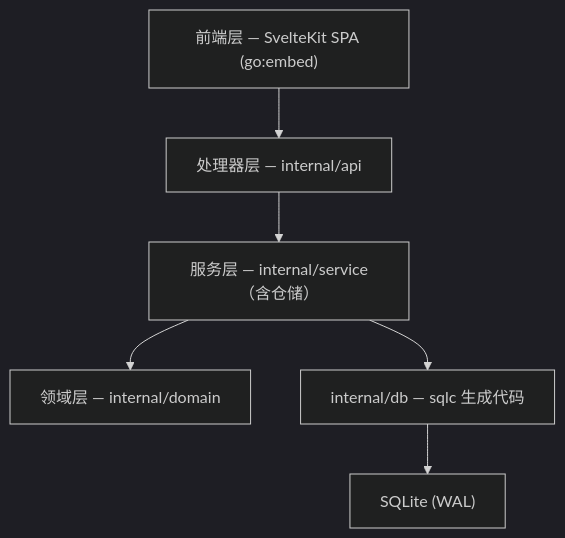
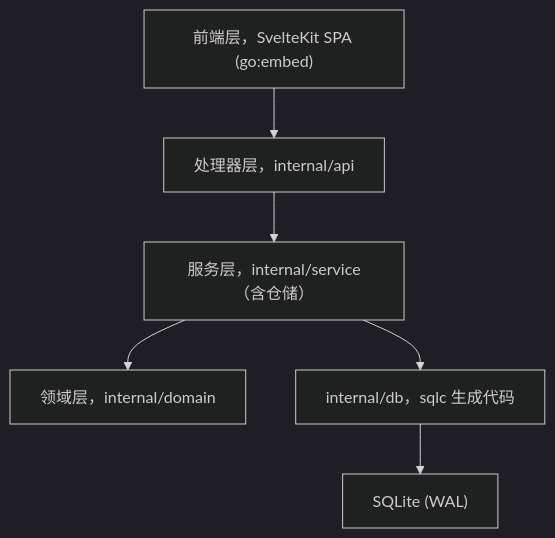
Before and after one commit to Mi-Bee-Studio/MiBeeSteward: the second of 4 diagrams in docs/zh/architecture.md, drawn with Mermaid (dark theme). The commit also changed other lines of this file and 52 other files, not shown here.

````diff
--- a/docs/zh/architecture.md
+++ b/docs/zh/architecture.md
@@ -20,14 +20,14 @@
 ```mermaid
 flowchart TB
-    Frontend["前端层 — SvelteKit SPA (go:embed)"]
-    Handler["处理器层 — internal/api"]
-    Service["服务层 — internal/service（含仓储）"]
-    Domain["领域层 — internal/domain"]
-    SQLC["internal/db — sqlc 生成代码"]
+    Frontend["前端层，SvelteKit SPA (go:embed)"]
+    Handler["处理器层，internal/api"]
+    Service["服务层，internal/service（含仓储）"]
+    Domain["领域层，internal/domain"]
+    SQLC["internal/db，sqlc 生成代码"]
     SQLite["SQLite (WAL)"]
     Frontend --> Handler
     Handler --> Service
     Service --> SQLC
     Service --> Domain
     SQLC --> SQLite
 ```
````
